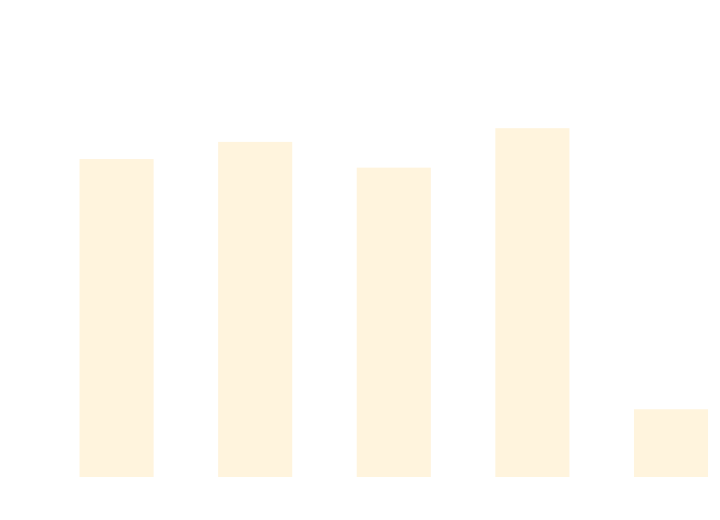
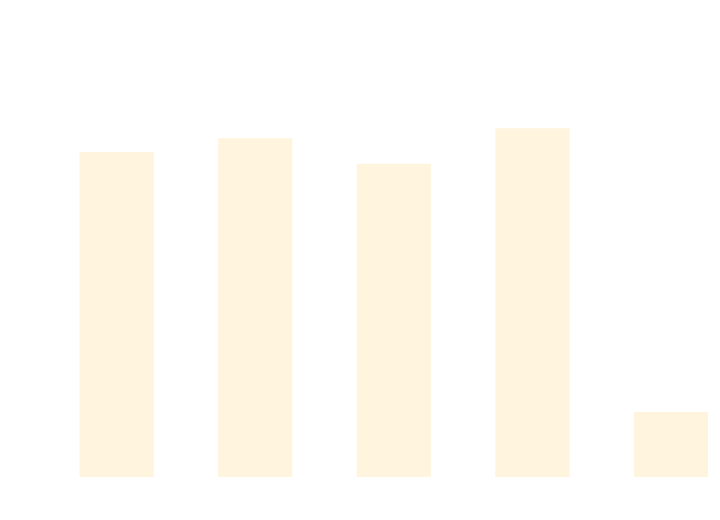
The diagram in docs/docs/benchmarks/AsyncTests.md (thomhurst/TUnit), drawn with Mermaid before and after one commit. The commit also changed other lines of this file and 17 other files, not shown here.

````diff
--- a/docs/docs/benchmarks/AsyncTests.md
+++ b/docs/docs/benchmarks/AsyncTests.md
@@ -27,37 +27,37 @@
 ```mermaid
 %%{init: {
   'theme':'base',
   'themeVariables': {
     'primaryColor': '#2563eb',
     'primaryTextColor': '#ffffff',
     'primaryBorderColor': '#1e40af',
     'lineColor': '#6b7280',
     'secondaryColor': '#7c3aed',
     'tertiaryColor': '#dc2626',
     'background': '#ffffff',
     'mainBkg': '#2563eb',
     'secondBkg': '#7c3aed',
     'tertiaryBkg': '#dc2626',
     'clusterBkg': '#f3f4f6',
     'edgeLabelBackground': '#ffffff',
     'tertiaryTextColor': '#1f2937',
     'pie1': '#2563eb',
     'pie2': '#7c3aed',
     'pie3': '#dc2626',
     'pie4': '#f59e0b',
     'pie5': '#10b981',
     'pie6': '#06b6d4',
     'pie7': '#ec4899',
     'pie8': '#6366f1',
     'pie9': '#84cc16',
     'pie10': '#f97316',
     'pie11': '#14b8a6',
     'pie12': '#a855f7'
   }
 }}%%
 xychart-beta
   title "AsyncTests Performance Comparison"
   x-axis ["TUnit", "NUnit", "MSTest", "xUnit3", "TUnit_AOT"]
-  y-axis "Time (ms)" 0 --> 862
-  bar [653.2, 689.4, 635.1, 718.3, 125.9]
+  y-axis "Time (ms)" 0 --> 892
+  bar [691.7, 721.5, 665.8, 743.1, 124.3]
 ```
````
